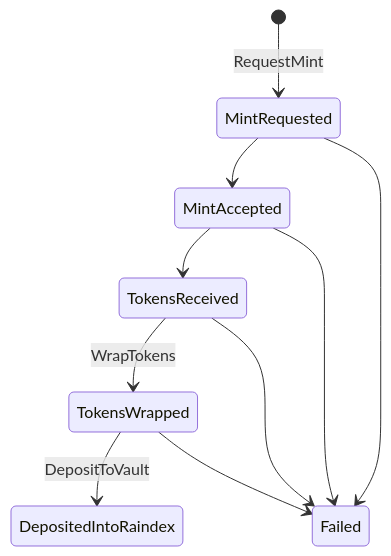
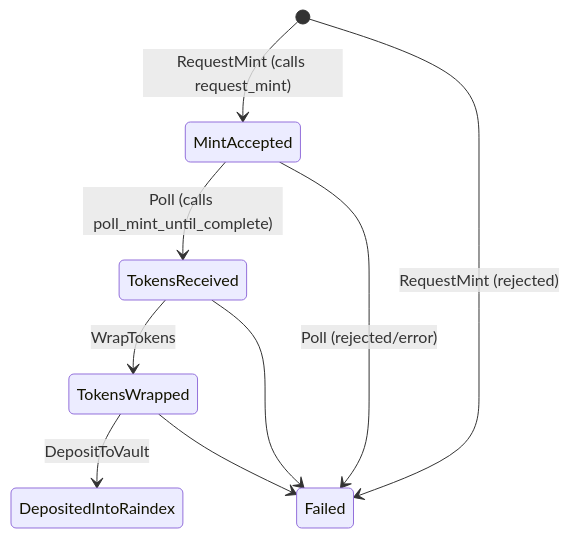
One commit to ST0x-Technology/st0x.liquidity changed the second of 5 diagrams in SPEC.md. Above: the diagram before and after it, drawn with Mermaid. The commit also changed other lines of this file and 5 other files, not shown here.

Commit message:
fix equity mint flow and rm dead code

````diff
--- a/SPEC.md
+++ b/SPEC.md
@@ -1214,12 +1214,11 @@
 ```mermaid
 stateDiagram-v2
-    [*] --> MintRequested: RequestMint
-    MintRequested --> MintAccepted
-    MintRequested --> Failed
-    MintAccepted --> TokensReceived
-    MintAccepted --> Failed
+    [*] --> MintAccepted: RequestMint (calls request_mint)
+    [*] --> Failed: RequestMint (rejected)
+    MintAccepted --> TokensReceived: Poll (calls poll_mint_until_complete)
+    MintAccepted --> Failed: Poll (rejected/error)
     TokensReceived --> TokensWrapped: WrapTokens
     TokensReceived --> Failed
     TokensWrapped --> DepositedIntoRaindex: DepositToVault
     TokensWrapped --> Failed
 ```
````
